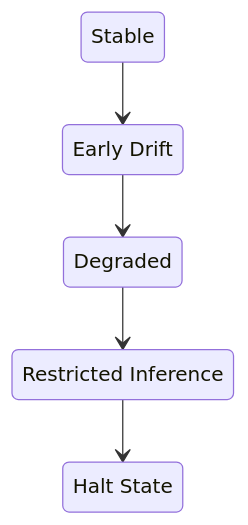
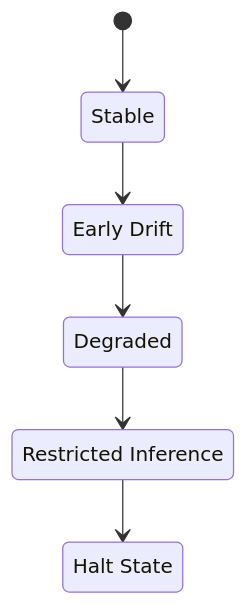
Before and after one commit to GeneralSergal/ORP: the fourth of 5 diagrams in README.md, drawn with Mermaid. The commit also changed other lines of this file, not shown here.

````diff
--- a/README.md
+++ b/README.md
@@ -86,13 +86,14 @@
 ```mermaid
 stateDiagram-v2
+    [*] --> GREEN
     GREEN --> YELLOW
     YELLOW --> ORANGE
     ORANGE --> RED
     RED --> BLACK
 
     GREEN: Stable
     YELLOW: Early Drift
     ORANGE: Degraded
     RED: Restricted Inference
     BLACK: Halt State
 ```
````
